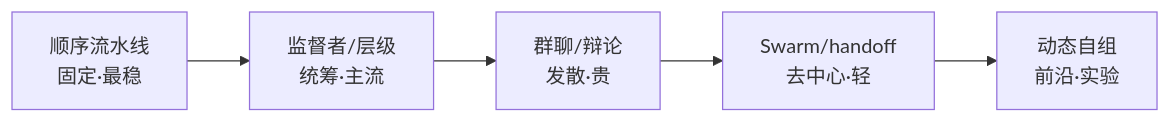
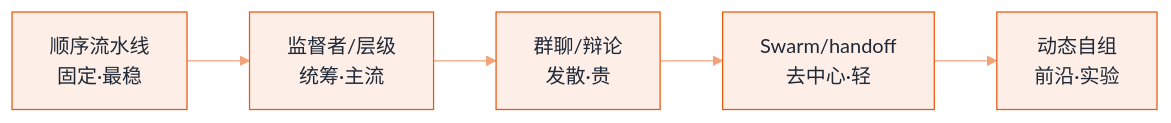
One commit to funny8kids/ai-agent-handbook changed the diagram in docs/08-multi-agent/multi-agent-orchestration.md. Above: the diagram before and after it, drawn with Mermaid. The commit also changed 144 other files, not shown here.

First line of the commit message:
Theme all 154 Mermaid diagrams with per-chapter colors via %%{init}%% directives

````diff
--- a/docs/08-multi-agent/multi-agent-orchestration.md
+++ b/docs/08-multi-agent/multi-agent-orchestration.md
@@ -64,4 +64,5 @@
 ```mermaid
+%%{init: {"theme":"base","themeVariables":{"primaryColor":"#FDEEE7","primaryBorderColor":"#EA580C","primaryTextColor":"#1F2937","secondaryColor":"#FADACA","tertiaryColor":"#FEF8F5","lineColor":"#F3A379","actorBkg":"#FDF2EC","actorBorder":"#EA580C","actorTextColor":"#1F2937","signalColor":"#F08A55","noteBkgColor":"#FBE1D3","noteBorderColor":"#EA580C","noteTextColor":"#1F2937","labelBoxBkgColor":"#FDEEE7","labelBoxBorderColor":"#EA580C"}}}%%
 flowchart LR
   A["顺序流水线<br/>固定·最稳"] --> B["监督者/层级<br/>统筹·主流"] --> C["群聊/辩论<br/>发散·贵"] --> D["Swarm/handoff<br/>去中心·轻"] --> E["动态自组<br/>前沿·实验"]
 ```
````
